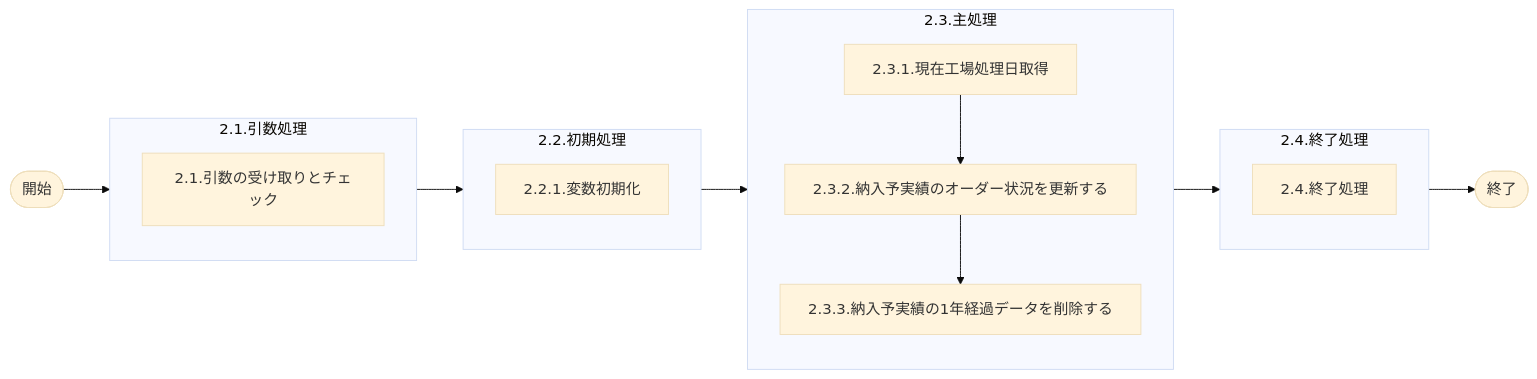
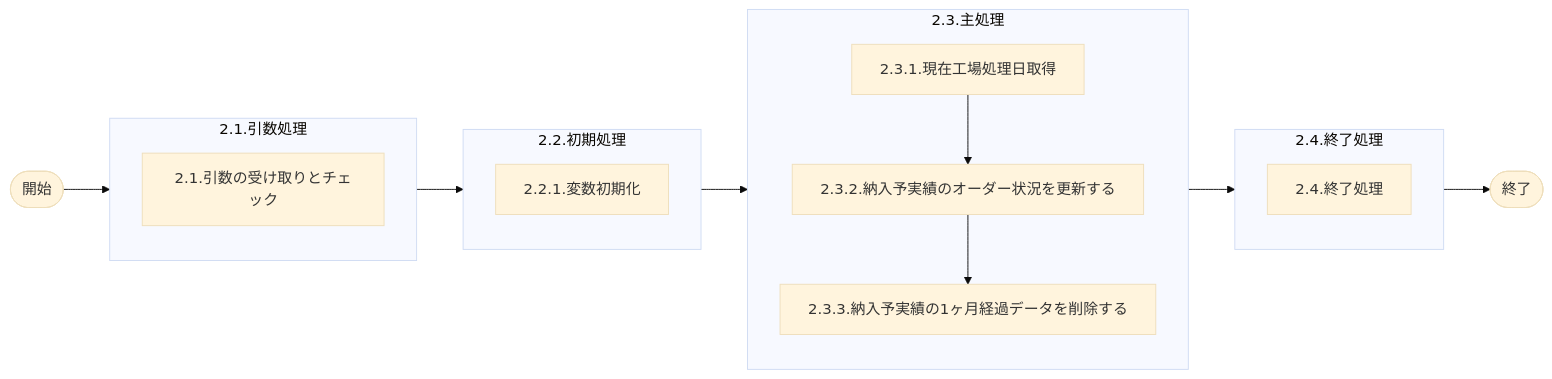
One commit to huangyiyong-xm/GIMAC_IC_design changed the diagram in LDAJ0024_詳細設計_納入予実績ファイルマスデリート.md. Above: the diagram before and after it, drawn with Mermaid (base theme). The commit also changed other lines of this file and 4 other files, not shown here.

````diff
--- a/LDAJ0024_詳細設計_納入予実績ファイルマスデリート.md
+++ b/LDAJ0024_詳細設計_納入予実績ファイルマスデリート.md
@@ -24,30 +24,30 @@
 ```mermaid
 flowchart LR
     %% メインフローブランチ
     start(["開始"]) --> argBlock --> initBlock --> mainBlock --> endBlock --> endStatus(["終了"])
 
     %% 引数処理詳細フロー
     subgraph argBlock ["2.1.引数処理"]
       arg_check["2.1.引数の受け取りとチェック"]
     end
 
     %% 初期処理詳細フロー
     subgraph initBlock ["2.2.初期処理"]
       var_init["2.2.1.変数初期化"]
     end
 
     %% 主処理詳細フロー
     subgraph mainBlock ["2.3.主処理"]
       get_factory_date["<div style='white-space: nowrap;'>2.3.1.現在工場処理日取得</div>"]
       --> update_record_data["<div style='white-space: nowrap;'>2.3.2.納入予実績のオーダー状況を更新する</div>"]
-      --> delee_order_data["<div style='white-space: nowrap;'>2.3.3.納入予実績の1年経過データを削除する</div>"]
+      --> delee_order_data["<div style='white-space: nowrap;'>2.3.3.納入予実績の1ヶ月経過データを削除する</div>"]
     end
 
     %% 終了処理
     subgraph endBlock ["2.4.終了処理"]
       end_process["2.4.終了処理"]
     end
 
     class start,end_process startEnd
     class arg_process,init_process,main_process process
 ```
````
